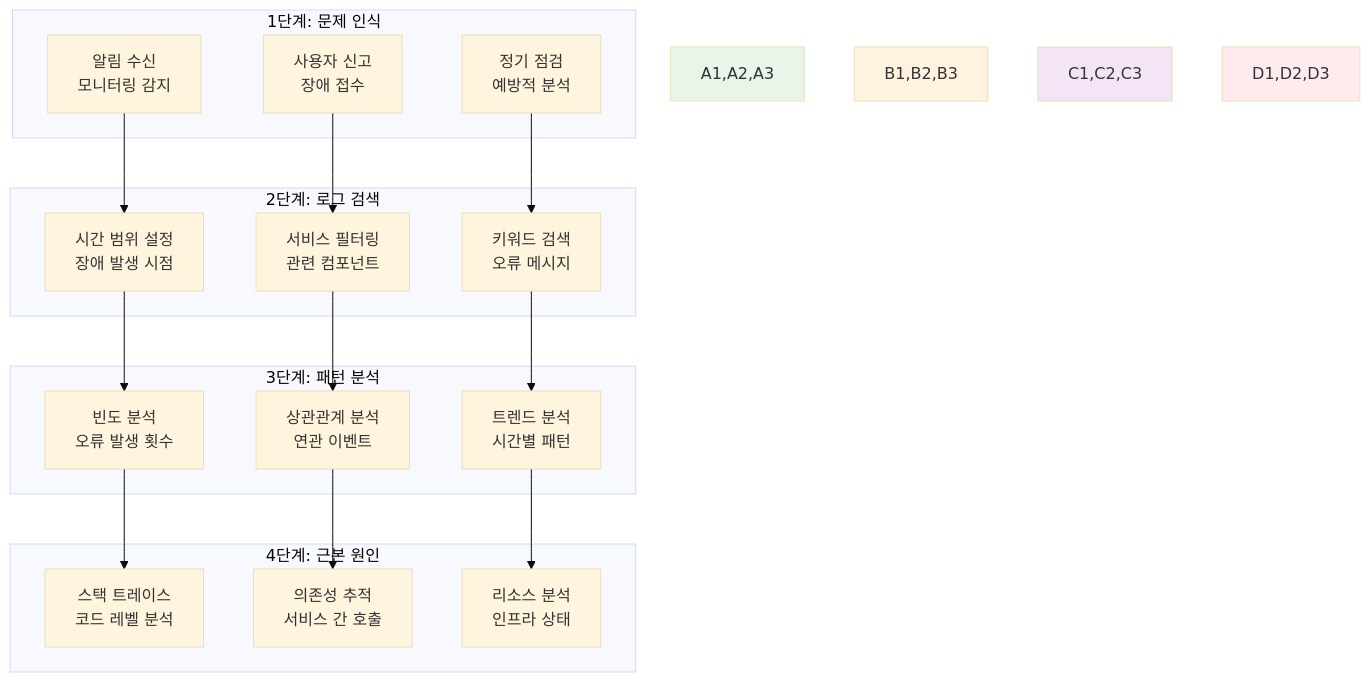
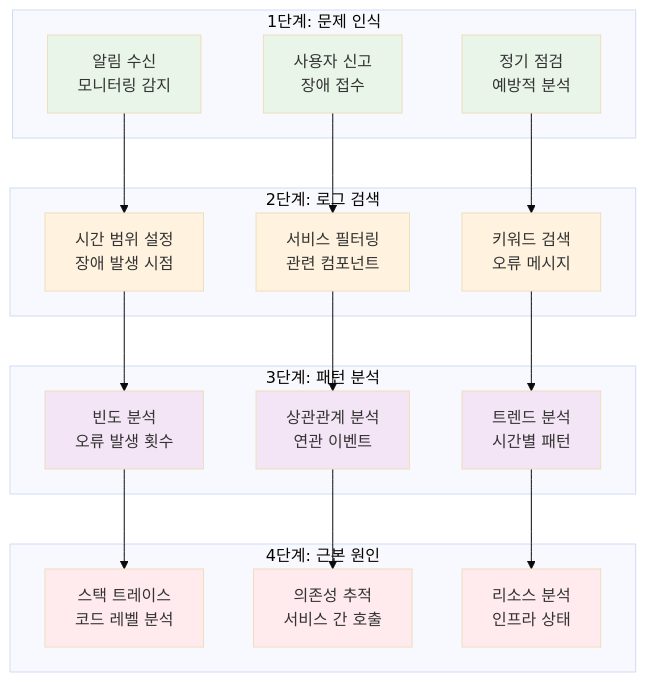
One commit to niceguy61/kdt_devops_lecture_2025 changed the fourth of 4 diagrams in theory/week_02/day3/session_2.md. Above: the diagram before and after it, drawn with Mermaid (base theme). The commit also changed other lines of this file and 63 other files, not shown here.

````diff
--- a/theory/week_02/day3/session_2.md
+++ b/theory/week_02/day3/session_2.md
@@ -217,41 +223,49 @@
 ```mermaid
 graph TB
     subgraph "1단계: 문제 인식"
         A1[알림 수신<br/>모니터링 감지]
         A2[사용자 신고<br/>장애 접수]
         A3[정기 점검<br/>예방적 분석]
     end
     
     subgraph "2단계: 로그 검색"
         B1[시간 범위 설정<br/>장애 발생 시점]
         B2[서비스 필터링<br/>관련 컴포넌트]
         B3[키워드 검색<br/>오류 메시지]
     end
     
     subgraph "3단계: 패턴 분석"
         C1[빈도 분석<br/>오류 발생 횟수]
         C2[상관관계 분석<br/>연관 이벤트]
         C3[트렌드 분석<br/>시간별 패턴]
     end
     
     subgraph "4단계: 근본 원인"
         D1[스택 트레이스<br/>코드 레벨 분석]
         D2[의존성 추적<br/>서비스 간 호출]
         D3[리소스 분석<br/>인프라 상태]
     end
     
     A1 --> B1
     A2 --> B2
     A3 --> B3
     B1 --> C1
     B2 --> C2
     B3 --> C3
     C1 --> D1
     C2 --> D2
     C3 --> D3
     
-    style A1,A2,A3 fill:#e8f5e8
-    style B1,B2,B3 fill:#fff3e0
-    style C1,C2,C3 fill:#f3e5f5
-    style D1,D2,D3 fill:#ffebee
+    style A1 fill:#e8f5e8
+    style A2 fill:#e8f5e8
+    style A3 fill:#e8f5e8
+    style B1 fill:#fff3e0
+    style B2 fill:#fff3e0
+    style B3 fill:#fff3e0
+    style C1 fill:#f3e5f5
+    style C2 fill:#f3e5f5
+    style C3 fill:#f3e5f5
+    style D1 fill:#ffebee
+    style D2 fill:#ffebee
+    style D3 fill:#ffebee
 ```
````
